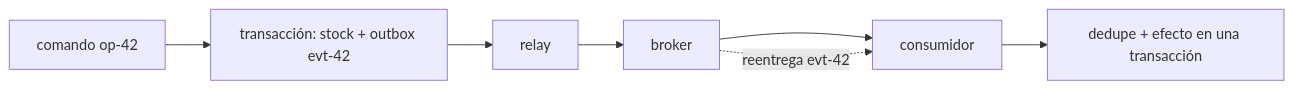
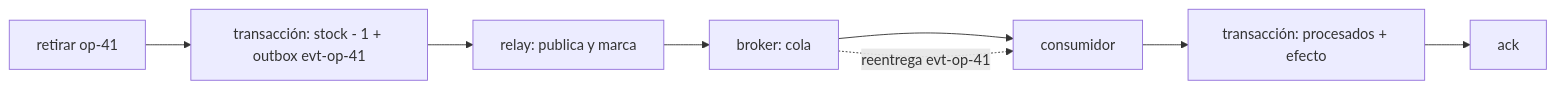
The third of 8 diagrams in web/public/content/foundations/modulo-10.md (NICORUIZ93/The_Imperial_Book), drawn with Mermaid before and after one commit. The commit also changed other lines of this file, not shown here.

````diff
--- a/web/public/content/foundations/modulo-10.md
+++ b/web/public/content/foundations/modulo-10.md
@@ -172,7 +863,10 @@
 ```mermaid
 flowchart LR
-    CMD["comando op-42"] --> TX["transacción: stock + outbox evt-42"]
-    TX --> RELAY["relay"] --> BROKER["broker"] --> CONSUMER["consumidor"]
-    BROKER -. "reentrega evt-42" .-> CONSUMER
-    CONSUMER --> DEDUPE["dedupe + efecto en una transacción"]
+    CMD["retirar op-41"] --> TX["transacción: stock - 1 + outbox evt-op-41"]
+    TX --> RELAY["relay: publica y marca"]
+    RELAY --> BROKER["broker: cola"]
+    BROKER --> CONSUMER["consumidor"]
+    BROKER -. "reentrega evt-op-41" .-> CONSUMER
+    CONSUMER --> DEDUPE["transacción: procesados + efecto"]
+    DEDUPE --> ACK["ack"]
 ```
````
